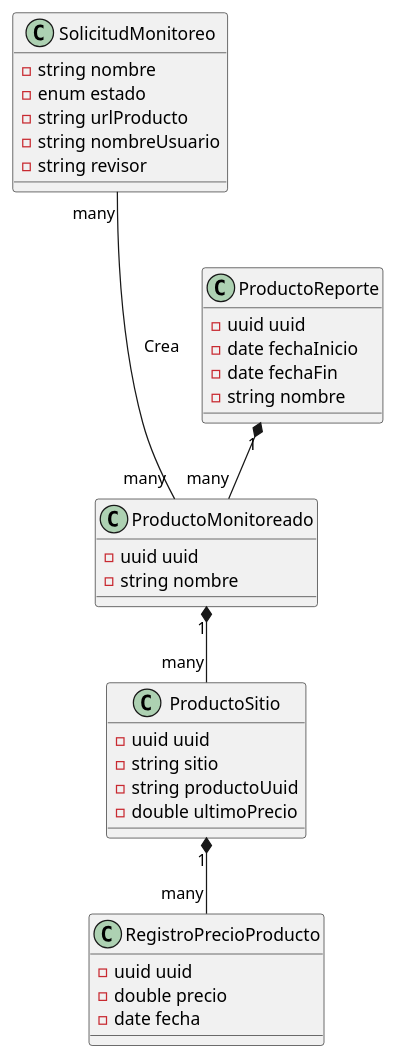
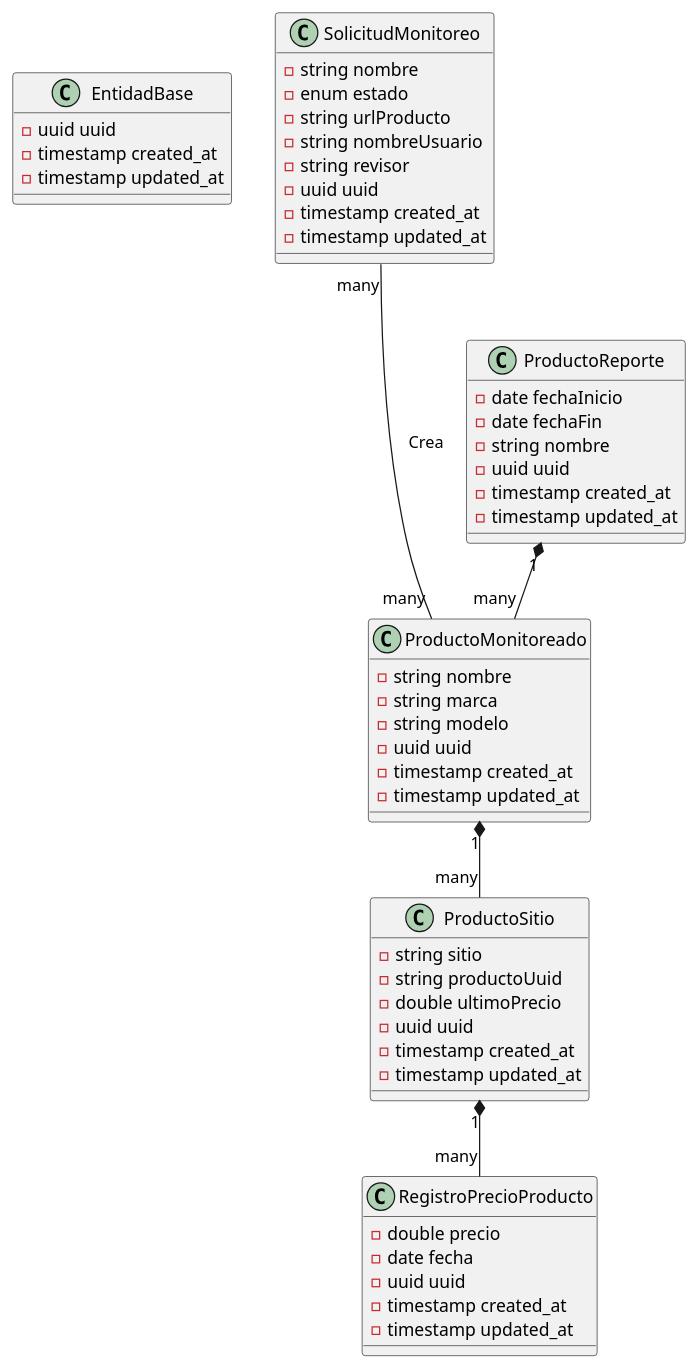
One commit to KewinEvers11/Suricata changed the diagram in docs/models/productos.puml. Above: the diagram before and after it, drawn with PlantUML. The commit also changed 4 other files, not shown here.

```diff
--- a/docs/models/productos.puml
+++ b/docs/models/productos.puml
@@ -1,42 +1,60 @@
 @startuml
+
+class EntidadBase {
+    - uuid uuid
+    - timestamp created_at
+    - timestamp updated_at
+}
+
 class SolicitudMonitoreo {
     - string nombre
     - enum estado
     - string urlProducto
     - string nombreUsuario
     - string revisor
+    - uuid uuid
+    - timestamp created_at
+    - timestamp updated_at
 }
 
 class ProductoMonitoreado {
+    - string nombre
+    - string marca
+    - string modelo
     - uuid uuid
-    - string nombre
+    - timestamp created_at
+    - timestamp updated_at
 }
 
 class ProductoSitio {
-    - uuid uuid
     - string sitio
     - string productoUuid
     - double ultimoPrecio
+    - uuid uuid
+    - timestamp created_at
+    - timestamp updated_at
 }
 
 class RegistroPrecioProducto {
-    - uuid uuid
     - double precio
     - date fecha
-
+    - uuid uuid
+    - timestamp created_at
+    - timestamp updated_at
 }
 
 class ProductoReporte {
-  - uuid uuid
   - date fechaInicio
   - date fechaFin
   - string nombre
+  - uuid uuid
+  - timestamp created_at
+  - timestamp updated_at
 }
-
 
 SolicitudMonitoreo "many" --- "many" ProductoMonitoreado : "Crea"
 ProductoMonitoreado "1" *-- "many" ProductoSitio
 ProductoSitio "1" *-- "many" RegistroPrecioProducto
 ProductoReporte "1" *-- "many" ProductoMonitoreado
 
 @enduml
```
